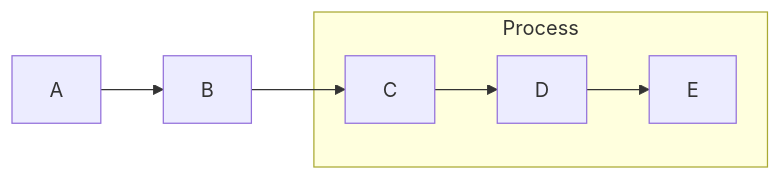
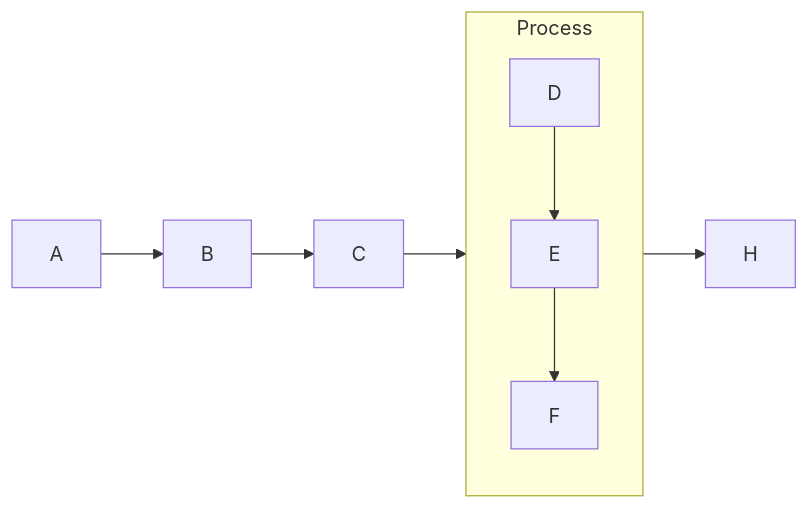
Diagram 39 of 39 in README.md (LucasBarretto86/LearningMermaid), drawn with Mermaid before and after one commit. The commit also changed other lines of this file and 1 other file, not shown here.

````diff
--- a/README.md
+++ b/README.md
@@ -412,9 +681,12 @@
 ```mermaid
-graph LR
-  A --> B
-  B --> C
+flowchart LR
+A --> B
+B --> C
   subgraph Process
-    C --> D
     D --> E
+    E --> F
   end
+
+C -->   Process
+Process --> H
 ```
````
